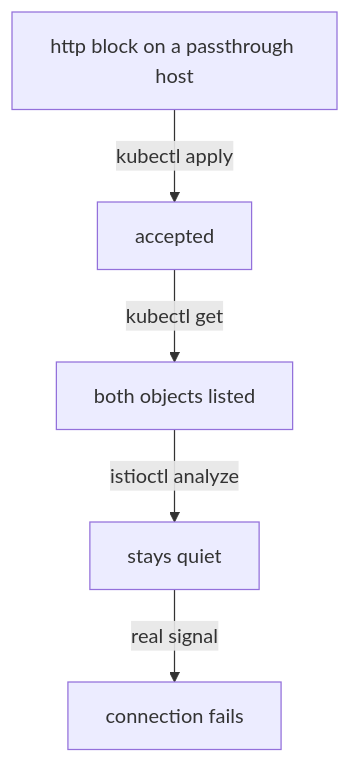
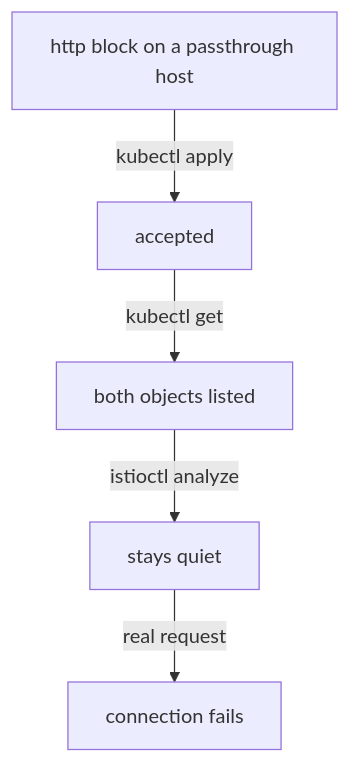
One commit to astrona-io/ATS015 changed the diagram in sections/section-040/module-03/course-04-when-the-stream-has-nowhere-to-go.md. Above: the diagram before and after it, drawn with Mermaid. The commit also changed other lines of this file and 28 other files, not shown here.

````diff
--- a/sections/section-040/module-03/course-04-when-the-stream-has-nowhere-to-go.md
+++ b/sections/section-040/module-03/course-04-when-the-stream-has-nowhere-to-go.md
@@ -11,7 +11,7 @@
 ```mermaid
 flowchart TB
     A["http block on a passthrough host"] -->|"kubectl apply"| B["accepted"]
     B -->|"kubectl get"| C["both objects listed"]
     C -->|"istioctl analyze"| D["stays quiet"]
-    D -->|"real signal"| E["connection fails"]
+    D -->|"real request"| E["connection fails"]
 ```
````
